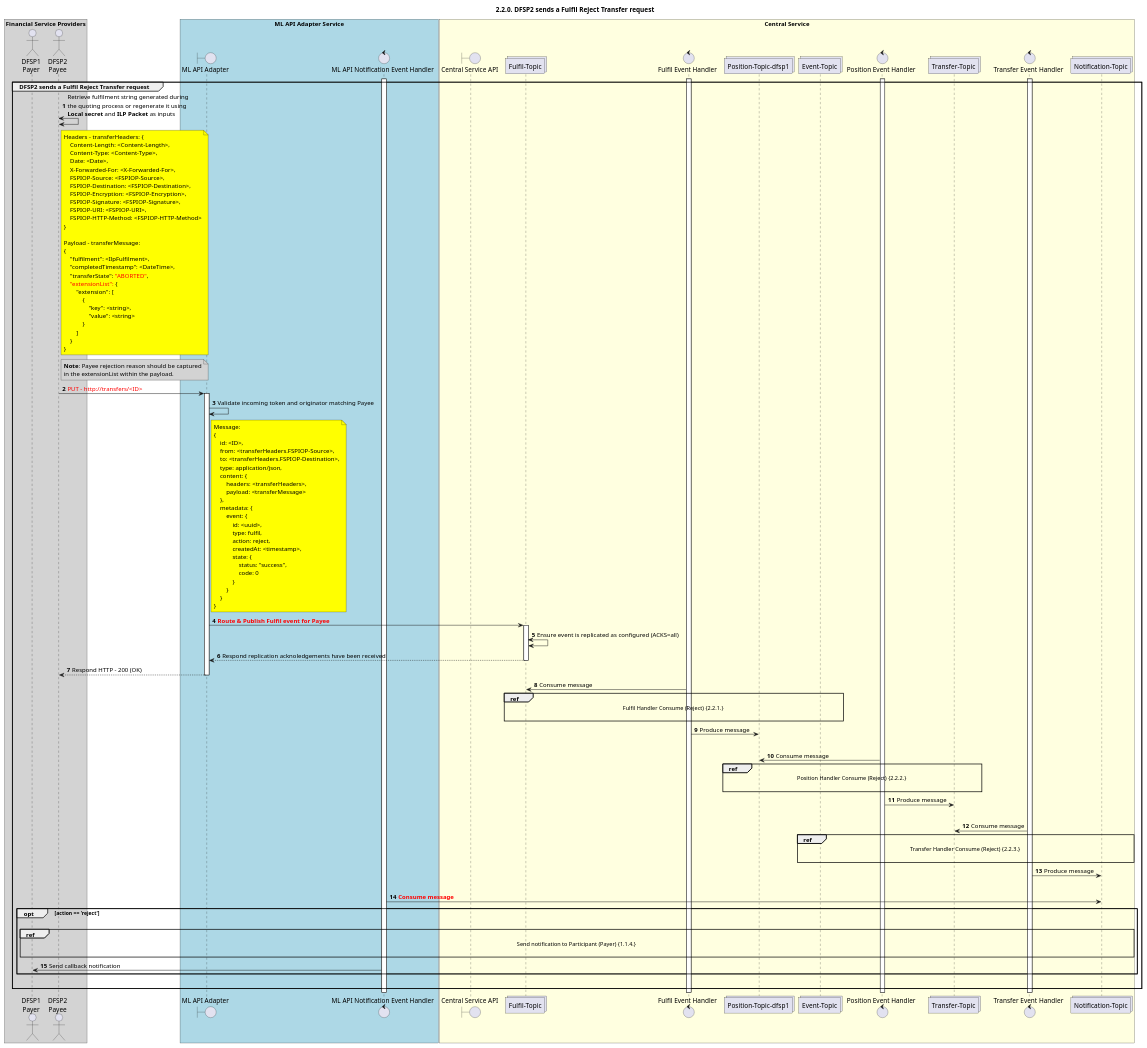
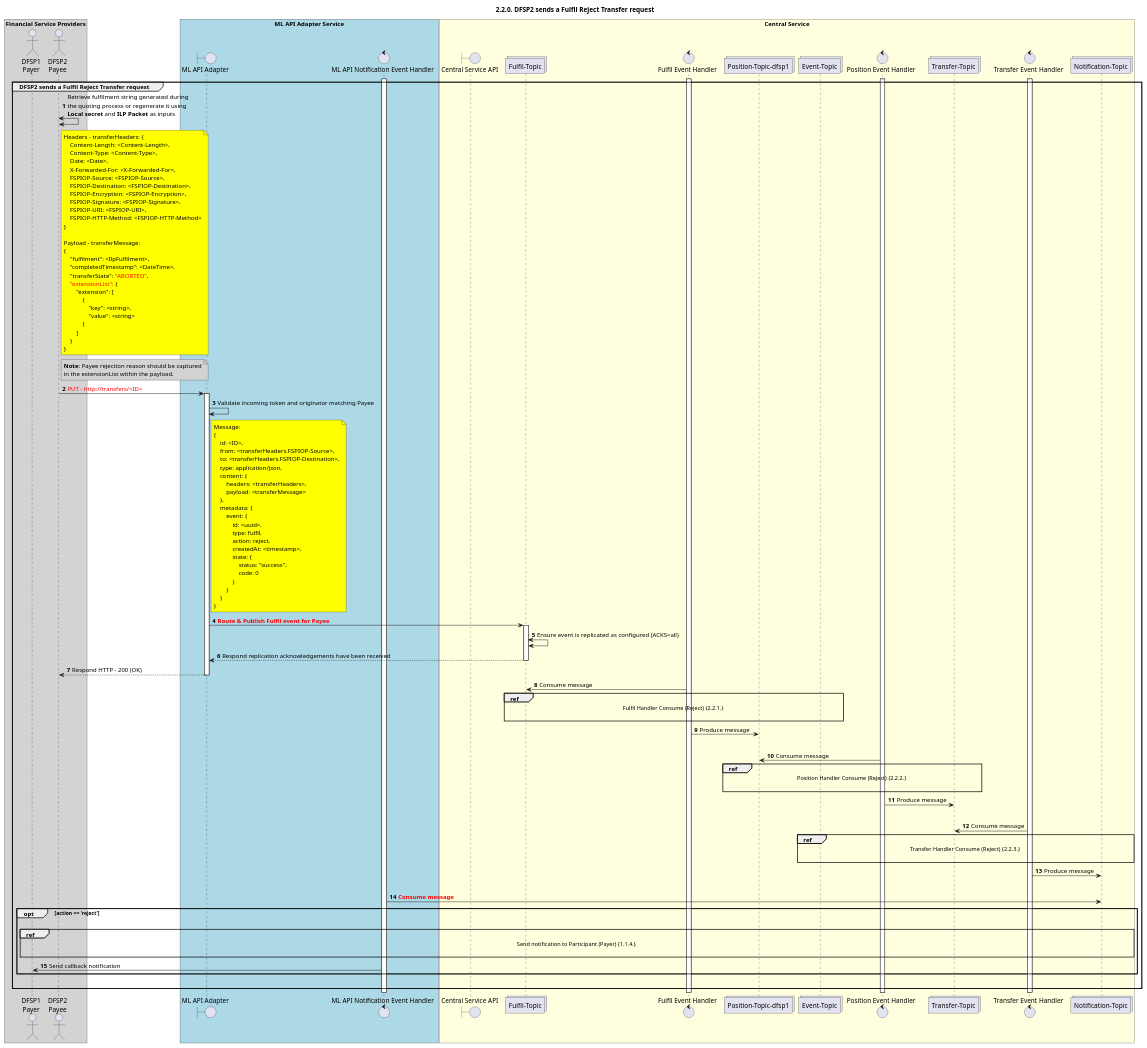
One commit to ggrg/docs changed the diagram in CentralServices/seq_diagrams/seq-reject-2.2.0.plantuml. Above: the diagram before and after it, drawn with PlantUML. The commit also changed 9 other files, not shown here.

```diff
--- a/CentralServices/seq_diagrams/seq-reject-2.2.0.plantuml
+++ b/CentralServices/seq_diagrams/seq-reject-2.2.0.plantuml
@@ -1,151 +1,151 @@
 @startuml
 ' declate title
 title 2.2.0. DFSP2 sends a Fulfil Reject Transfer request
 
 autonumber
 
 ' Actor Keys:
 '   boundary - APIs/Interfaces, etc
 '   collections - Kafka Topics
 '   control - Kafka Consumers
 '   entity - Database Access Objects
 '   database - Database Persistance Store
 
 ' declare actors
 actor "DFSP1\nPayer" as DFSP1
 actor "DFSP2\nPayee" as DFSP2
 boundary "ML API Adapter" as MLAPI
 control "ML API Notification Event Handler" as NOTIFY_HANDLER
 boundary "Central Service API" as CSAPI
 collections "Fulfil-Topic" as TOPIC_FULFIL
 control "Fulfil Event Handler" as FULF_HANDLER
 collections "Position-Topic-dfsp1" as TOPIC_POSITION_DFSP1
 control "Position Event Handler" as POS_HANDLER
 collections "Transfer-Topic" as TOPIC_TRANSFERS
 collections "Event-Topic" as TOPIC_EVENTS
 control "Transfer Event Handler" as TRANS_HANDLER
 collections "Notification-Topic" as TOPIC_NOTIFICATIONS
 
 box "Financial Service Providers" #lightGray
 	participant DFSP1
 	participant DFSP2
 end box
 
 box "ML API Adapter Service" #LightBlue
 	participant MLAPI
 	participant NOTIFY_HANDLER
 end box
 
 box "Central Service" #LightYellow
     participant CSAPI
 	participant TOPIC_FULFIL
     participant FULF_HANDLER
     participant TOPIC_POSITION_DFSP1
     participant TOPIC_EVENTS
     participant POS_HANDLER
     participant TOPIC_TRANSFERS
     participant TRANS_HANDLER
     participant TOPIC_NOTIFICATIONS
 end box
 
 ' start flow
 activate NOTIFY_HANDLER
 activate FULF_HANDLER
 activate POS_HANDLER
 activate TRANS_HANDLER
 group DFSP2 sends a Fulfil Reject Transfer request
     DFSP2 <-> DFSP2: Retrieve fulfilment string generated during\nthe quoting process or regenerate it using\n**Local secret** and **ILP Packet** as inputs
     note right of DFSP2 #yellow
         Headers - transferHeaders: {
             Content-Length: <Content-Length>,
             Content-Type: <Content-Type>,
             Date: <Date>,
             X-Forwarded-For: <X-Forwarded-For>,
             FSPIOP-Source: <FSPIOP-Source>,
             FSPIOP-Destination: <FSPIOP-Destination>,
             FSPIOP-Encryption: <FSPIOP-Encryption>,
             FSPIOP-Signature: <FSPIOP-Signature>,
             FSPIOP-URI: <FSPIOP-URI>,
             FSPIOP-HTTP-Method: <FSPIOP-HTTP-Method>
         }
 
         Payload - transferMessage:
         {
             "fulfilment": <IlpFulfilment>,
             "completedTimestamp": <DateTime>,
             "transferState": <color #FF0000>"ABORTED"</color>,
             <color #FF0000>"extensionList":</color> {
                 "extension": [
                     {
                         "key": <string>,
                         "value": <string>
                     }
                 ]
             }
         }
     end note
     note right of DFSP2 #lightgray
         **Note**: Payee rejection reason should be captured
         in the extensionList within the payload.
     end note
     DFSP2 -> MLAPI: <color #FF0000>PUT - http://transfers/<ID></color>
     
     activate MLAPI
     MLAPI -> MLAPI: Validate incoming token and originator matching Payee
     note right of MLAPI #yellow
         Message:
         {
             id: <ID>,
             from: <transferHeaders.FSPIOP-Source>,
             to: <transferHeaders.FSPIOP-Destination>,
             type: application/json,
             content: {
                 headers: <transferHeaders>,
                 payload: <transferMessage>
             },
             metadata: {
                 event: {
                     id: <uuid>,
                     type: fulfil,
                     action: reject,
                     createdAt: <timestamp>,
                     state: {
                         status: "success",
                         code: 0
                     }
                 }
             }
         }
     end note
     MLAPI -> TOPIC_FULFIL: <color #FF0000>**Route & Publish Fulfil event for Payee**</color>
     activate TOPIC_FULFIL
     TOPIC_FULFIL <-> TOPIC_FULFIL: Ensure event is replicated as configured (ACKS=all)
-    TOPIC_FULFIL --> MLAPI: Respond replication acknoledgements have been received
+    TOPIC_FULFIL --> MLAPI: Respond replication acknowledgements have been received
     deactivate TOPIC_FULFIL
     MLAPI --> DFSP2: Respond HTTP - 200 (OK)
     deactivate MLAPI
     TOPIC_FULFIL <- FULF_HANDLER: Consume message
     ref over TOPIC_FULFIL, TOPIC_EVENTS :  Fulfil Handler Consume (Reject) {2.2.1.} \n
     FULF_HANDLER -> TOPIC_POSITION_DFSP1: Produce message
     |||
     TOPIC_POSITION_DFSP1 <- POS_HANDLER: Consume message
     ref over TOPIC_POSITION_DFSP1, TOPIC_TRANSFERS :  Position Handler Consume (Reject) {2.2.2.} \n
     POS_HANDLER -> TOPIC_TRANSFERS: Produce message
     |||
     TOPIC_TRANSFERS <- TRANS_HANDLER: Consume message
     ref over TOPIC_EVENTS, TOPIC_NOTIFICATIONS : Transfer Handler Consume (Reject) {2.2.3.} \n
     TRANS_HANDLER -> TOPIC_NOTIFICATIONS: Produce message
     |||
     TOPIC_NOTIFICATIONS <- NOTIFY_HANDLER: <color #FF0000>**Consume message**</color>
     opt action == 'reject'
         |||
         ref over DFSP1, TOPIC_NOTIFICATIONS : Send notification to Participant (Payer) {1.1.4.} \n
         NOTIFY_HANDLER -> DFSP1: Send callback notification
     end
     |||
 end
 activate TRANS_HANDLER
 activate POS_HANDLER
 activate FULF_HANDLER
 activate NOTIFY_HANDLER
 @enduml
```
